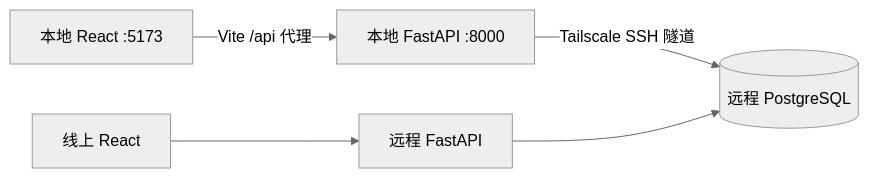
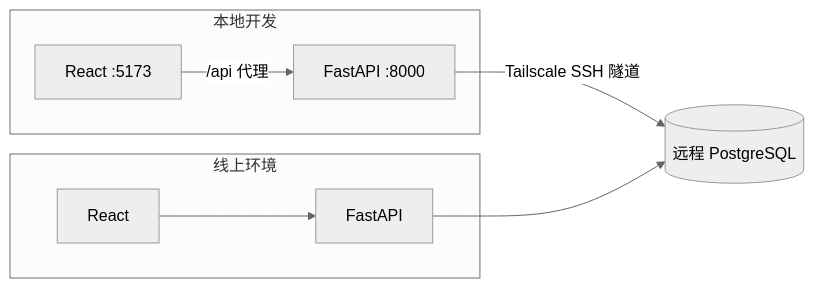
Before and after one commit to Masterora/bankpilot-agent: the first of 4 diagrams in docs/RUNBOOK.md, drawn with Mermaid (neutral theme). The commit also changed other lines of this file and 30 other files, not shown here.

````diff
--- a/docs/RUNBOOK.md
+++ b/docs/RUNBOOK.md
@@ -38,7 +7,11 @@
 ```mermaid
 flowchart LR
-    LW[本地 React :5173] -->|Vite /api 代理| LA[本地 FastAPI :8000]
-    LA -->|Tailscale SSH 隧道| P[(远程 PostgreSQL)]
-    RW[线上 React] --> RA[远程 FastAPI]
-    RA --> P
+    subgraph LOCAL[本地开发]
+        LW[React :5173] -->|/api 代理| LA[FastAPI :8000]
+    end
+    LA -->|Tailscale SSH 隧道| DB[(远程 PostgreSQL)]
+    subgraph ONLINE[线上环境]
+        RW[React] --> RA[FastAPI]
+    end
+    RA --> DB
 ```
````
